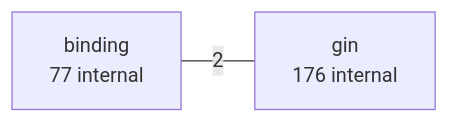
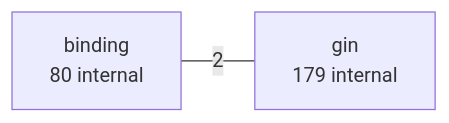
One commit to LukasSelin/doppel changed the second of 7 diagrams in examples/gin.md. Above: the diagram before and after it, drawn with Mermaid. The commit also changed other lines of this file and 19 other files, not shown here.

````diff
--- a/examples/gin.md
+++ b/examples/gin.md
@@ -120,6 +122,6 @@
 ```mermaid
 flowchart LR
-    p0["binding<br/>77 internal"]
-    p1["gin<br/>176 internal"]
+    p0["binding<br/>80 internal"]
+    p1["gin<br/>179 internal"]
     p0 ---|"2"| p1
 ```
````
